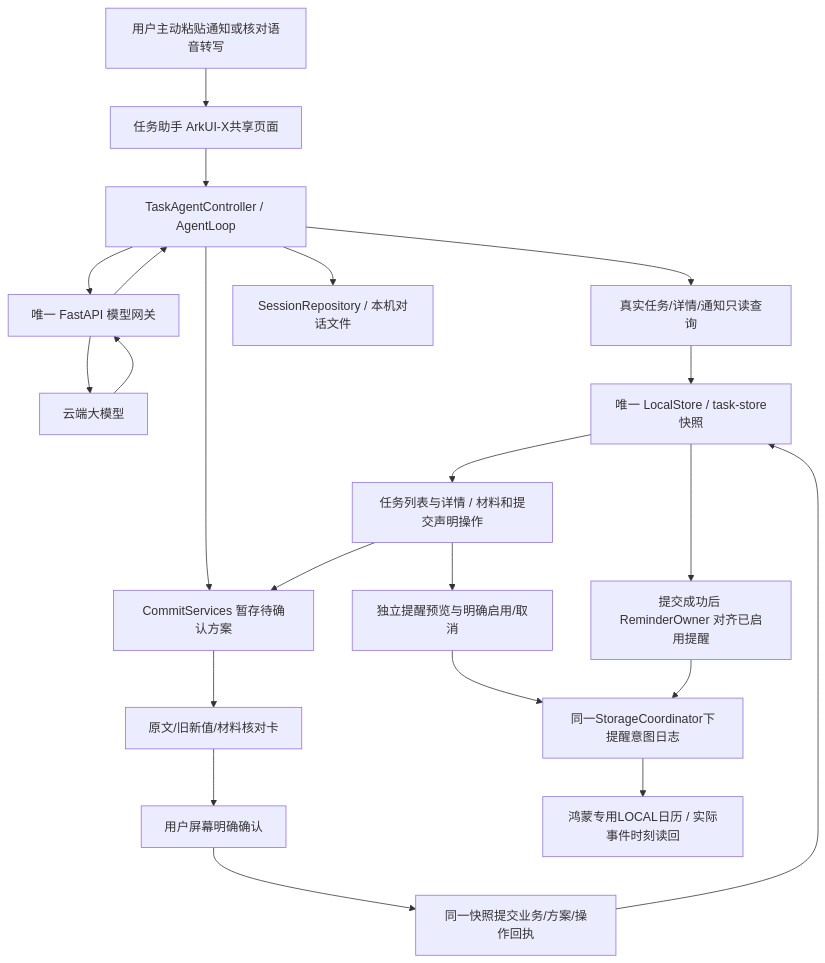
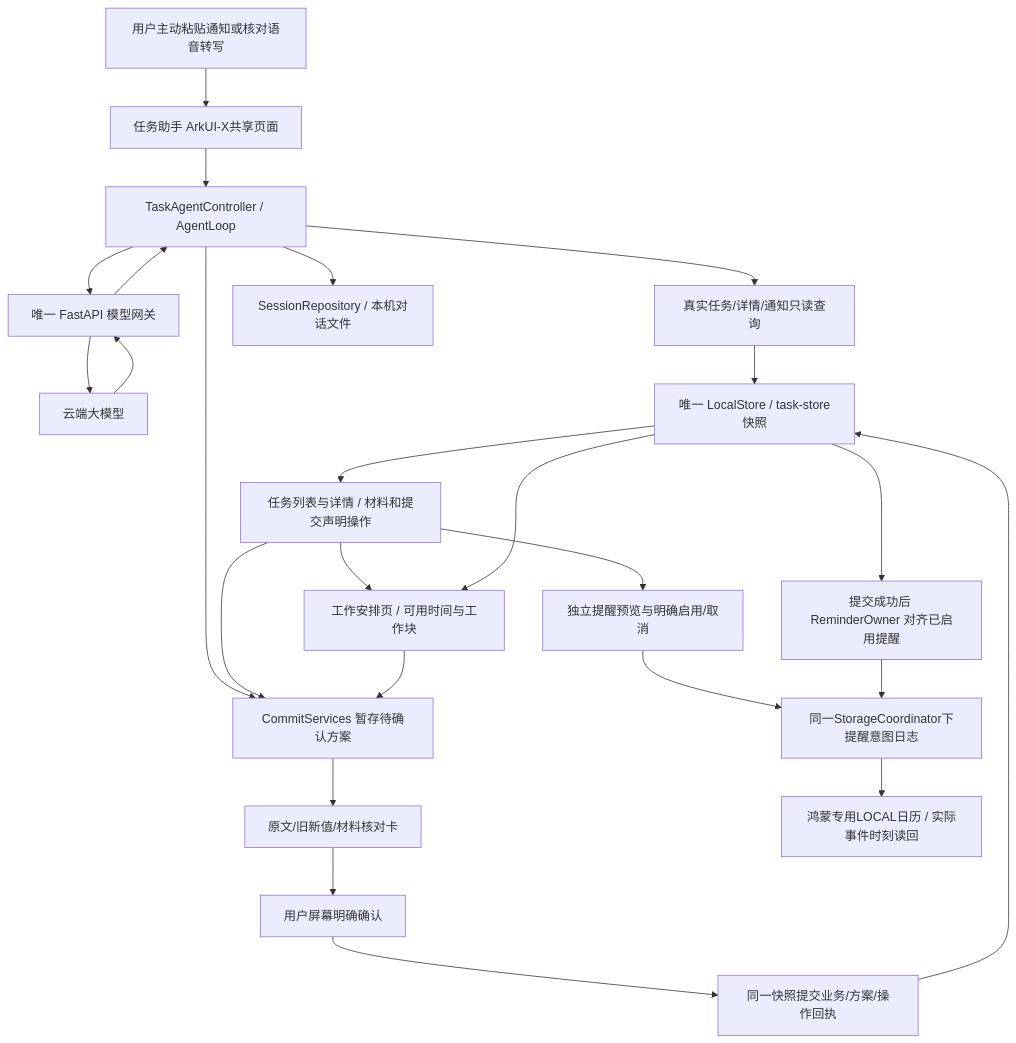
One commit to jfZhang1226/campus-ddl-agent changed the diagram in docs/architecture-current.md. Above: the diagram before and after it, drawn with Mermaid. The commit also changed other lines of this file and 7 other files, not shown here.

````diff
--- a/docs/architecture-current.md
+++ b/docs/architecture-current.md
@@ -5,24 +5,27 @@
 ```mermaid
 flowchart TD
   U[用户主动粘贴通知或核对语音转写] --> UI[任务助手 ArkUI-X共享页面]
   UI --> C[TaskAgentController / AgentLoop]
   C --> G[唯一 FastAPI 模型网关]
   G --> M[云端大模型]
   M --> G
   G --> C
   C --> Q[真实任务/详情/通知只读查询]
   Q --> DB[唯一 LocalStore / task-store快照]
   C --> P[CommitServices 暂存待确认方案]
   P --> V[原文/旧新值/材料核对卡]
   V --> OK[用户屏幕明确确认]
   OK --> AT[同一快照提交业务/方案/操作回执]
   AT --> DB
   C --> HS[SessionRepository / 本机对话文件]
   DB --> TB[任务列表与详情 / 材料和提交声明操作]
   TB --> P
+  TB --> PL[工作安排页 / 可用时间与工作块]
+  DB --> PL
+  PL --> P
   DB --> RO[提交成功后 ReminderOwner 对齐已启用提醒]
   TB --> RC[独立提醒预览与明确启用/取消]
   RC --> RS[同一StorageCoordinator下提醒意图日志]
   RO --> RS
   RS --> OS[鸿蒙专用LOCAL日历 / 实际事件时刻读回]
 ```
````
